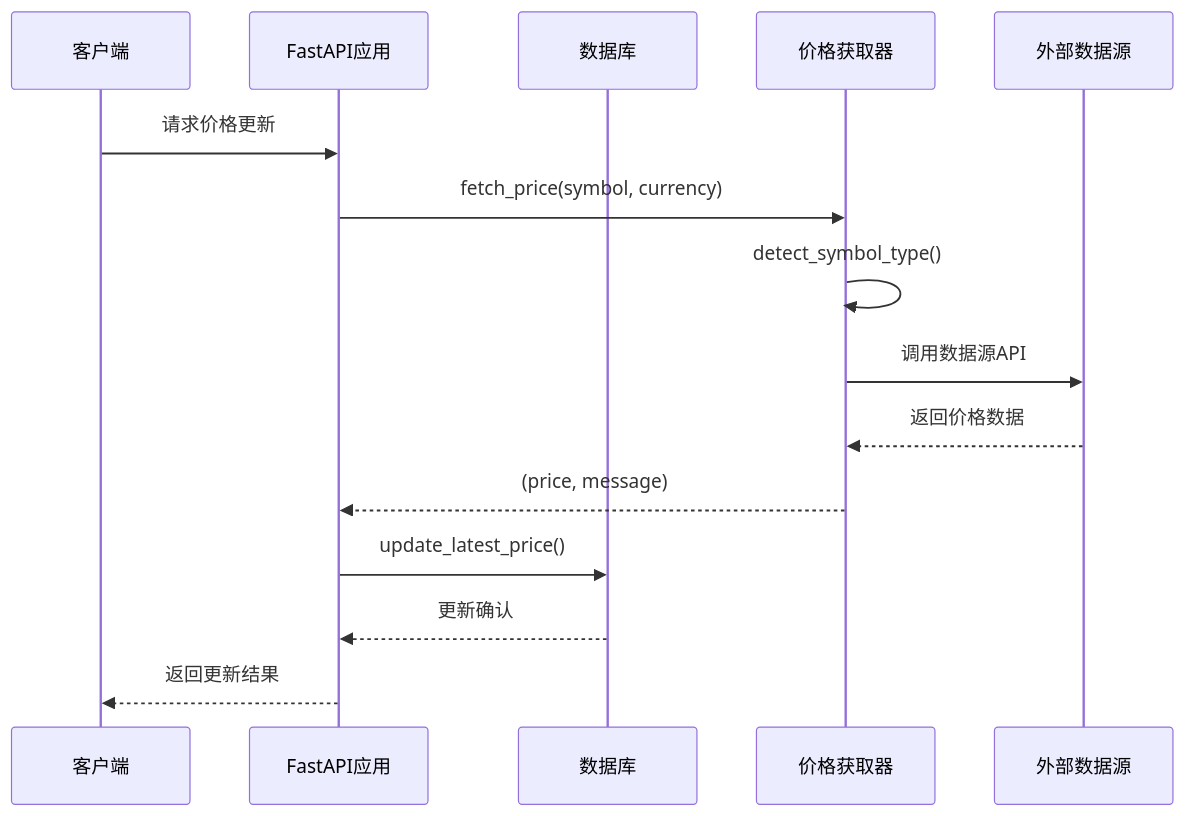
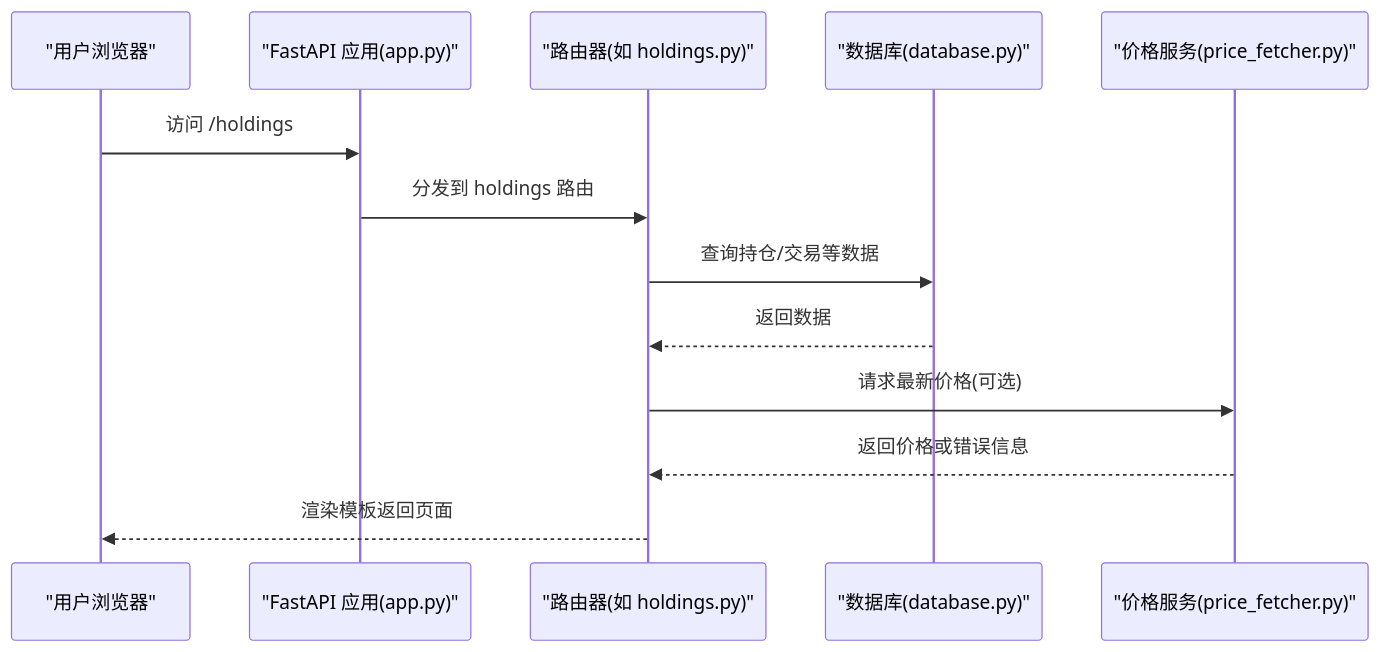
The second of 6 diagrams in .qoder/repowiki/zh/content/开发者指南/扩展开发指南.md (macrohuang/invest-log), drawn with Mermaid before and after one commit. The commit also changed other lines of this file and 121 other files, not shown here.

````diff
--- a/.qoder/repowiki/zh/content/开发者指南/扩展开发指南.md
+++ b/.qoder/repowiki/zh/content/开发者指南/扩展开发指南.md
@@ -119,17 +135,15 @@
 ```mermaid
 sequenceDiagram
-participant Client as 客户端
-participant App as FastAPI应用
-participant DB as 数据库
-participant PF as 价格获取器
-participant External as 外部数据源
-Client->>App : 请求价格更新
-App->>PF : fetch_price(symbol, currency)
-PF->>PF : detect_symbol_type()
-PF->>External : 调用数据源API
-External-->>PF : 返回价格数据
-PF-->>App : (price, message)
-App->>DB : update_latest_price()
-DB-->>App : 更新确认
-App-->>Client : 返回更新结果
+participant U as "用户浏览器"
+participant APP as "FastAPI 应用(app.py)"
+participant R as "路由器(如 holdings.py)"
+participant DB as "数据库(database.py)"
+participant PF as "价格服务(price_fetcher.py)"
+U->>APP : 访问 /holdings
+APP->>R : 分发到 holdings 路由
+R->>DB : 查询持仓/交易等数据
+DB-->>R : 返回数据
+R->>PF : 请求最新价格(可选)
+PF-->>R : 返回价格或错误信息
+R-->>U : 渲染模板返回页面
 ```
````
